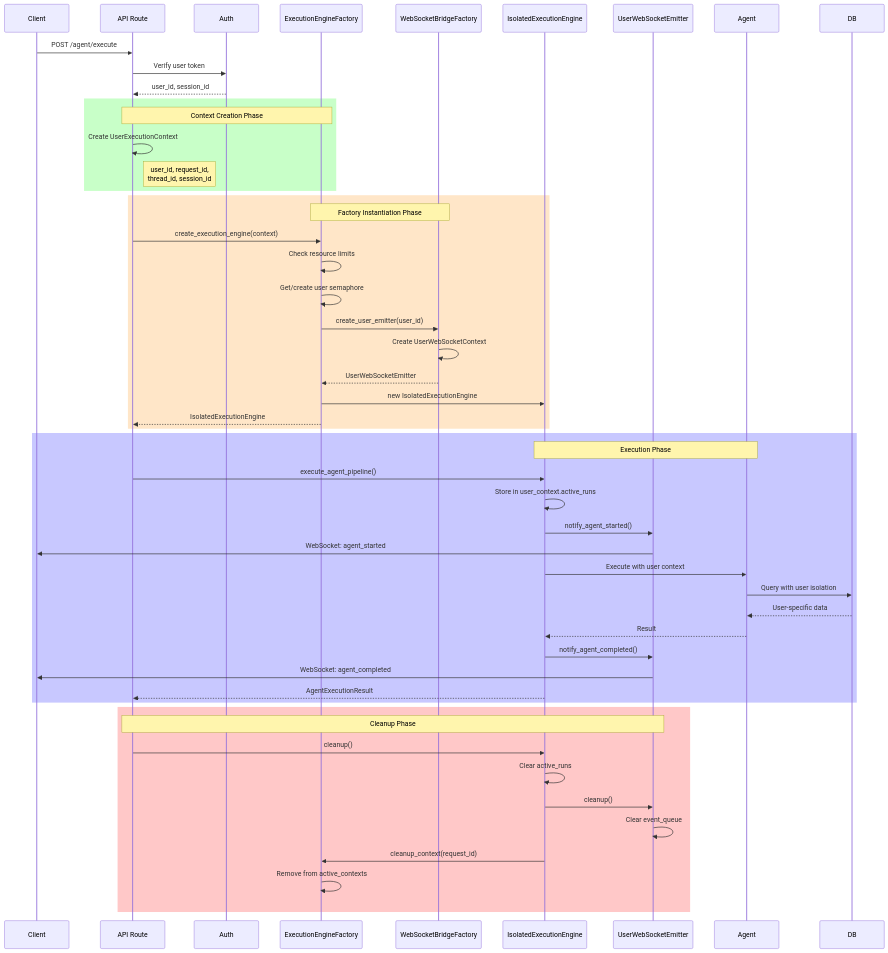
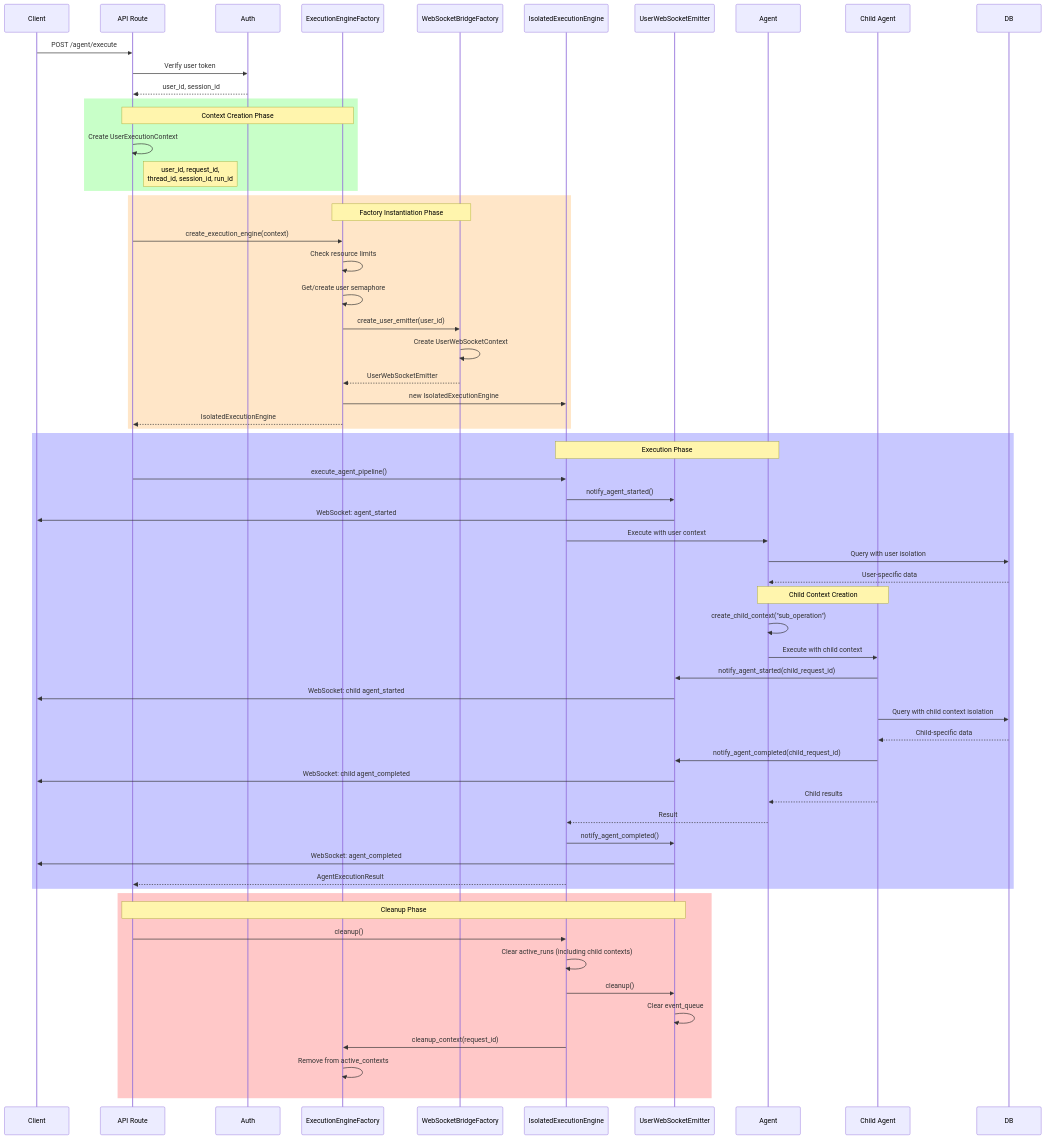
The sixth of 10 diagrams in reports/archived/USER_CONTEXT_ARCHITECTURE.md (netra-systems/zen), drawn with Mermaid before and after one commit. The commit also changed other lines of this file and 11 other files, not shown here.

First line of the commit message:
docs: update comprehensive test reports and architecture documentation

````diff
--- a/reports/archived/USER_CONTEXT_ARCHITECTURE.md
+++ b/reports/archived/USER_CONTEXT_ARCHITECTURE.md
@@ -188,63 +282,76 @@
 ```mermaid
 sequenceDiagram
     participant Client
     participant API as API Route
     participant Auth
     participant EEF as ExecutionEngineFactory
     participant WSF as WebSocketBridgeFactory
     participant IEE as IsolatedExecutionEngine
     participant UWE as UserWebSocketEmitter
     participant Agent
+    participant SubAgent as Child Agent
     participant DB
     
     Client->>API: POST /agent/execute
     API->>Auth: Verify user token
     Auth-->>API: user_id, session_id
     
     rect rgb(200, 255, 200)
         Note over API,EEF: Context Creation Phase
         API->>API: Create UserExecutionContext
-        Note right of API: user_id, request_id,<br/>thread_id, session_id
+        Note right of API: user_id, request_id,<br/>thread_id, session_id, run_id
     end
     
     rect rgb(255, 230, 200)
         Note over EEF,WSF: Factory Instantiation Phase
         API->>EEF: create_execution_engine(context)
         EEF->>EEF: Check resource limits
         EEF->>EEF: Get/create user semaphore
         
         EEF->>WSF: create_user_emitter(user_id)
         WSF->>WSF: Create UserWebSocketContext
         WSF-->>EEF: UserWebSocketEmitter
         
         EEF->>IEE: new IsolatedExecutionEngine
         EEF-->>API: IsolatedExecutionEngine
     end
     
     rect rgb(200, 200, 255)
         Note over IEE,Agent: Execution Phase
         API->>IEE: execute_agent_pipeline()
-        IEE->>IEE: Store in user_context.active_runs
         IEE->>UWE: notify_agent_started()
         UWE->>Client: WebSocket: agent_started
         
         IEE->>Agent: Execute with user context
         Agent->>DB: Query with user isolation
         DB-->>Agent: User-specific data
+
+        Note over Agent,SubAgent: Child Context Creation
+        Agent->>Agent: create_child_context("sub_operation")
+        Agent->>SubAgent: Execute with child context
+        SubAgent->>UWE: notify_agent_started(child_request_id)
+        UWE->>Client: WebSocket: child agent_started
+        
+        SubAgent->>DB: Query with child context isolation
+        DB-->>SubAgent: Child-specific data
+        SubAgent->>UWE: notify_agent_completed(child_request_id)
+        UWE->>Client: WebSocket: child agent_completed
+        SubAgent-->>Agent: Child results
+
         Agent-->>IEE: Result
         
         IEE->>UWE: notify_agent_completed()
         UWE->>Client: WebSocket: agent_completed
         IEE-->>API: AgentExecutionResult
     end
     
     rect rgb(255, 200, 200)
         Note over API,UWE: Cleanup Phase
         API->>IEE: cleanup()
-        IEE->>IEE: Clear active_runs
+        IEE->>IEE: Clear active_runs (including child contexts)
         IEE->>UWE: cleanup()
         UWE->>UWE: Clear event_queue
         IEE->>EEF: cleanup_context(request_id)
         EEF->>EEF: Remove from active_contexts
     end
 ```
````
